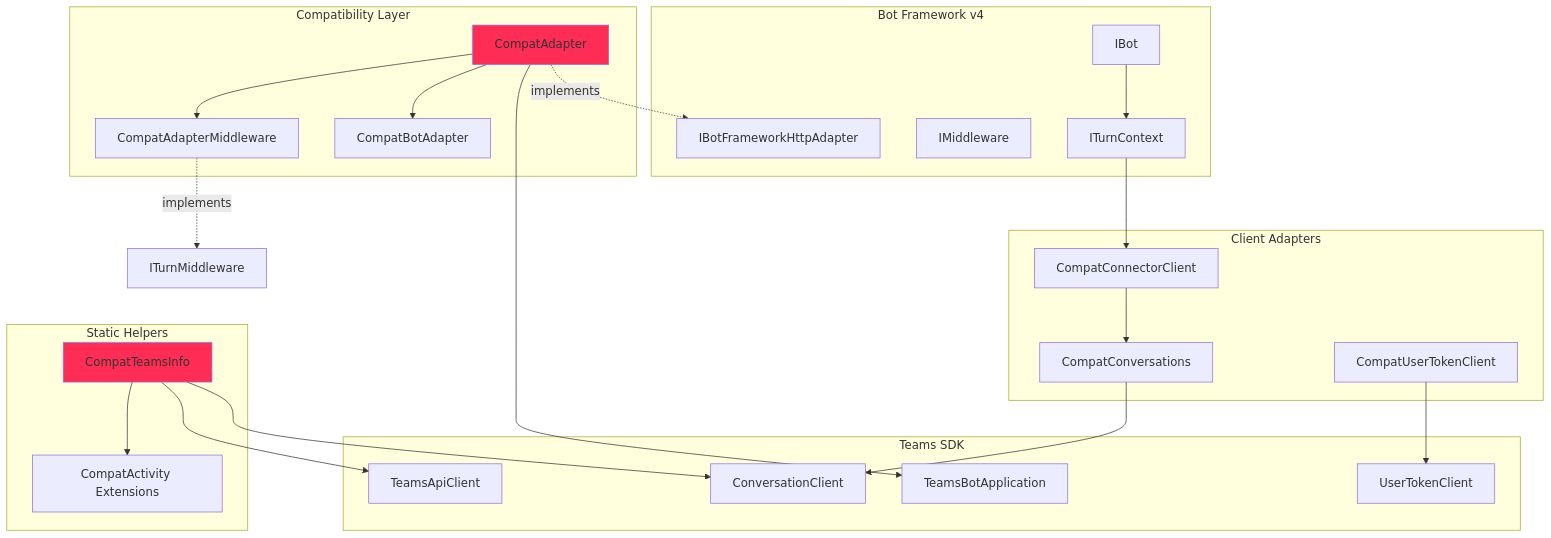
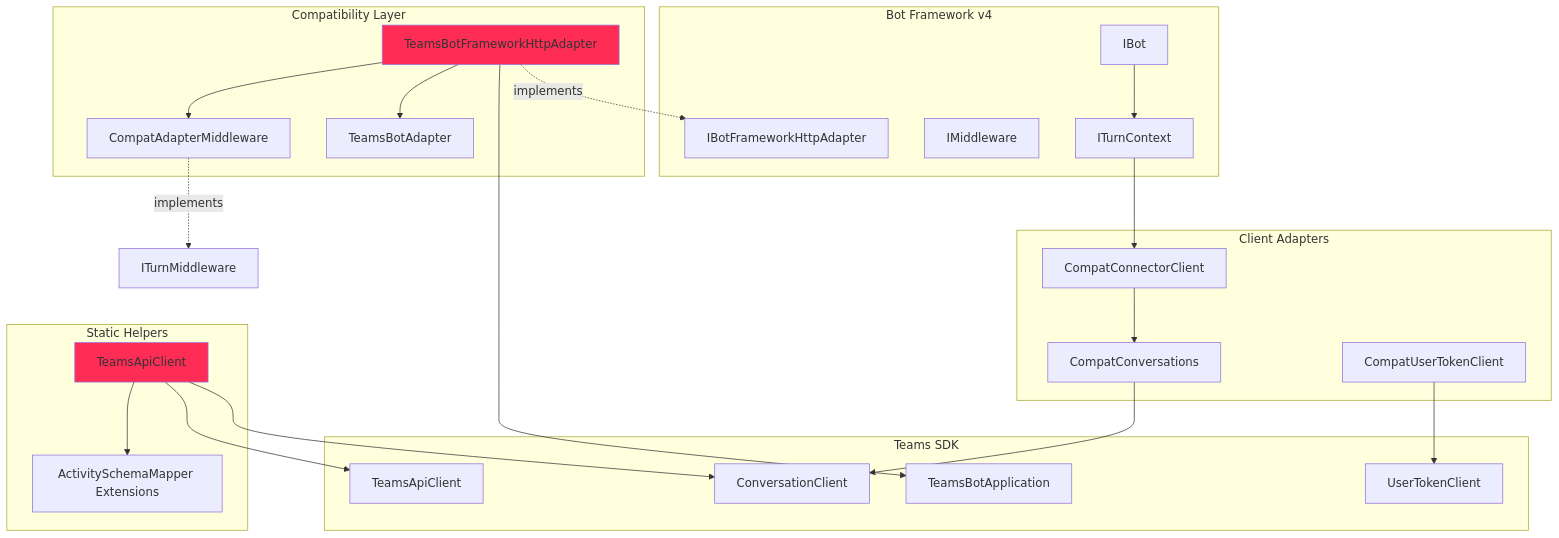
One commit to microsoft/teams.net changed the tenth of 19 diagrams in core/docs/Architecture.md. Above: the diagram before and after it, drawn with Mermaid. The commit also changed other lines of this file and 13 other files, not shown here.

````diff
--- a/core/docs/Architecture.md
+++ b/core/docs/Architecture.md
@@ -453,54 +453,54 @@
 ```mermaid
 graph TB
     subgraph "Compatibility Layer"
-        CompatAdapter[CompatAdapter]
-        CompatBotAdapter[CompatBotAdapter]
+        TeamsBotFrameworkHttpAdapter[TeamsBotFrameworkHttpAdapter]
+        TeamsBotAdapter[TeamsBotAdapter]
         CompatMiddleware[CompatAdapterMiddleware]
     end
 
     subgraph "Client Adapters"
         CompatConnector[CompatConnectorClient]
         CompatConversations[CompatConversations]
         CompatUserToken[CompatUserTokenClient]
     end
 
     subgraph "Static Helpers"
-        CompatTeamsInfo[CompatTeamsInfo]
-        CompatActivity[CompatActivity Extensions]
+        TeamsApiClient[TeamsApiClient]
+        ActivitySchemaMapper[ActivitySchemaMapper Extensions]
     end
 
     subgraph "Bot Framework v4"
         BFAdapter[IBotFrameworkHttpAdapter]
         BFBot[IBot]
         BFMiddleware[IMiddleware]
         TurnContext[ITurnContext]
     end
 
     subgraph "Teams SDK"
         TeamsBotApp[TeamsBotApplication]
         ConvClient[ConversationClient]
         TokenClient[UserTokenClient]
         TeamsAPI[TeamsApiClient]
     end
 
-    CompatAdapter -.implements.-> BFAdapter
+    TeamsBotFrameworkHttpAdapter -.implements.-> BFAdapter
     CompatMiddleware -.implements.-> ITurnMiddleware
 
-    CompatAdapter --> TeamsBotApp
-    CompatAdapter --> CompatBotAdapter
-    CompatAdapter --> CompatMiddleware
+    TeamsBotFrameworkHttpAdapter --> TeamsBotApp
+    TeamsBotFrameworkHttpAdapter --> TeamsBotAdapter
+    TeamsBotFrameworkHttpAdapter --> CompatMiddleware
 
     CompatConnector --> CompatConversations
     CompatConversations --> ConvClient
     CompatUserToken --> TokenClient
 
-    CompatTeamsInfo --> ConvClient
-    CompatTeamsInfo --> TeamsAPI
-    CompatTeamsInfo --> CompatActivity
+    TeamsApiClient --> ConvClient
+    TeamsApiClient --> TeamsAPI
+    TeamsApiClient --> ActivitySchemaMapper
 
     BFBot --> TurnContext
     TurnContext --> CompatConnector
 
-    style CompatAdapter fill:#ff2d55
-    style CompatTeamsInfo fill:#ff2d55
+    style TeamsBotFrameworkHttpAdapter fill:#ff2d55
+    style TeamsApiClient fill:#ff2d55
 ```
````
